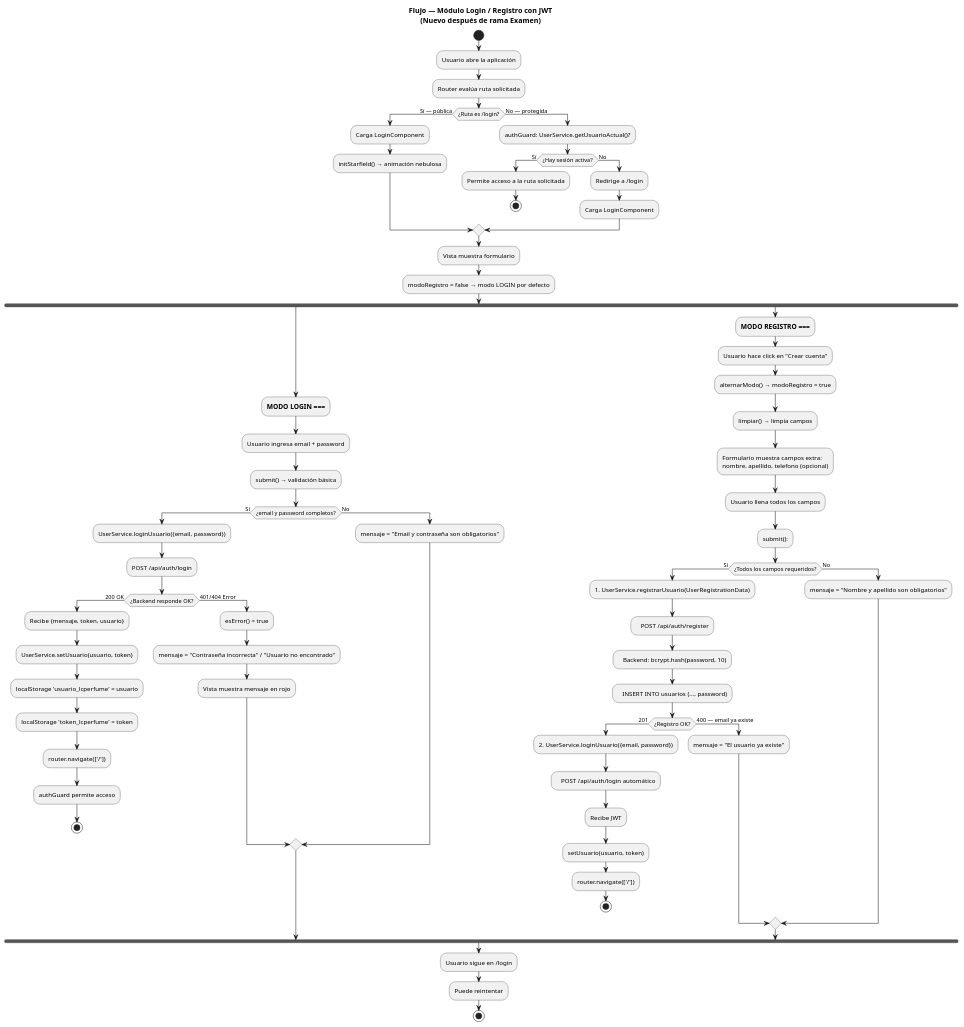
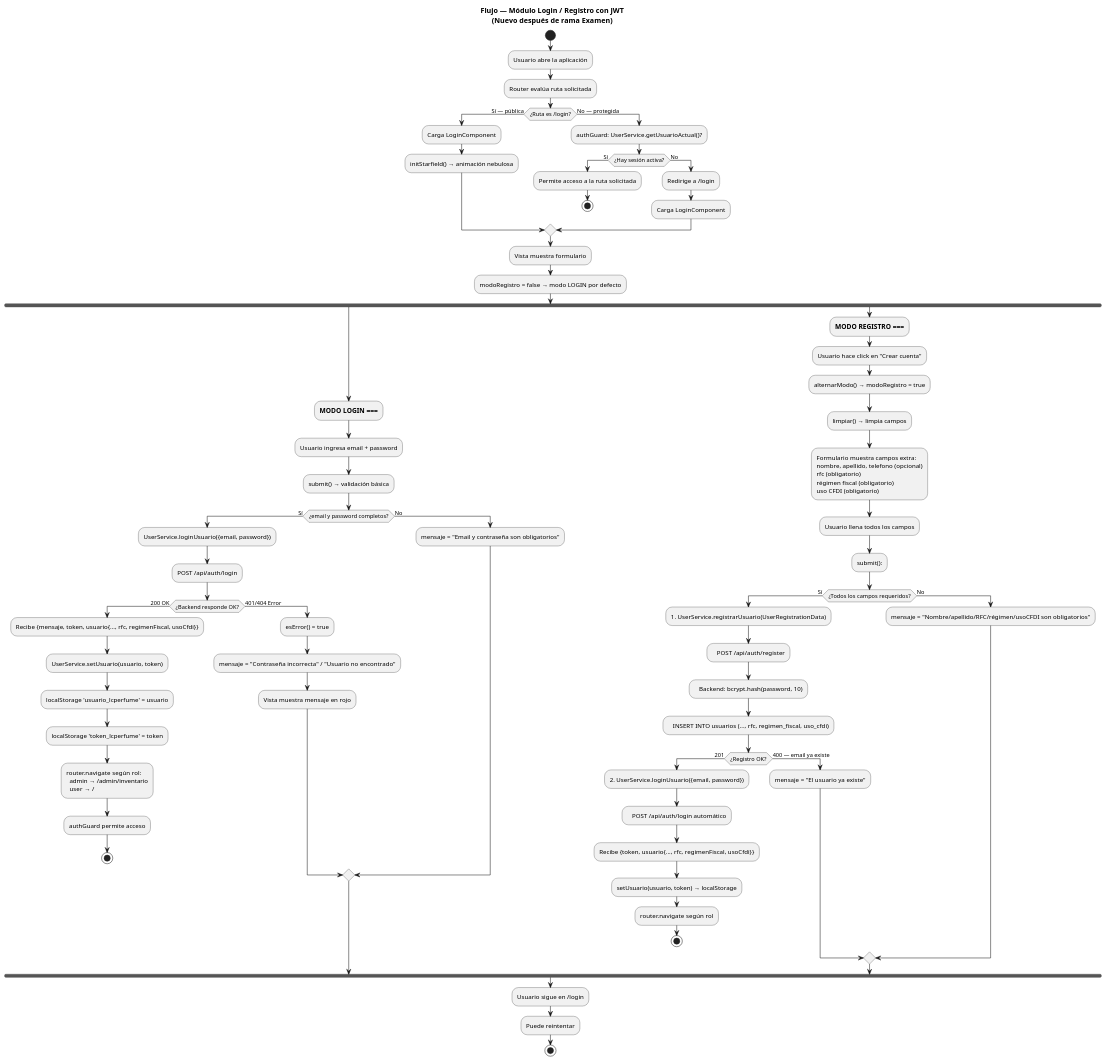
Before and after one commit to CristianINP/LaCasaDelPerfume: the diagram in diagramas/H_FlujoLogin.puml, drawn with PlantUML. The commit also changed 12 other files, not shown here.

First line of the commit message:
feat: actualizar todos los diagramas con cambios del commit final

```diff
--- a/diagramas/H_FlujoLogin.puml
+++ b/diagramas/H_FlujoLogin.puml
@@ -1,81 +1,81 @@
 @startuml
 title Flujo — Módulo Login / Registro con JWT\n(Nuevo después de rama Examen)
 
 start
   :Usuario abre la aplicación;
   :Router evalúa ruta solicitada;
 
   if (¿Ruta es /login?) then (Sí — pública)
     :Carga LoginComponent;
     :initStarfield() → animación nebulosa;
   else (No — protegida)
     :authGuard: UserService.getUsuarioActual()?;
     if (¿Hay sesión activa?) then (Sí)
       :Permite acceso a la ruta solicitada;
       stop
     else (No)
       :Redirige a /login;
       :Carga LoginComponent;
     endif
   endif
 
   :Vista muestra formulario;
   :modoRegistro = false → modo LOGIN por defecto;
 
   fork
     :=== MODO LOGIN ===;
     :Usuario ingresa email + password;
     :submit() → validación básica;
     if (¿email y password completos?) then (Sí)
       :UserService.loginUsuario({email, password});
       :POST /api/auth/login;
       if (¿Backend responde OK?) then (200 OK)
-        :Recibe {mensaje, token, usuario};
+        :Recibe {mensaje, token, usuario{..., rfc, regimenFiscal, usoCfdi}};
         :UserService.setUsuario(usuario, token);
         :localStorage 'usuario_lcperfume' = usuario;
         :localStorage 'token_lcperfume' = token;
-        :router.navigate(['/']);
+        :router.navigate según rol:\n  admin → /admin/inventario\n  user  → /;
         :authGuard permite acceso;
         stop
       else (401/404 Error)
         :esError() = true;
         :mensaje = "Contraseña incorrecta" / "Usuario no encontrado";
         :Vista muestra mensaje en rojo;
       endif
     else (No)
       :mensaje = "Email y contraseña son obligatorios";
     endif
 
   fork again
     :=== MODO REGISTRO ===;
     :Usuario hace click en "Crear cuenta";
     :alternarModo() → modoRegistro = true;
     :limpiar() → limpia campos;
-    :Formulario muestra campos extra:\nnombre, apellido, telefono (opcional);
+    :Formulario muestra campos extra:\nnombre, apellido, telefono (opcional)\nrfc (obligatorio)\nrégimen fiscal (obligatorio)\nuso CFDI (obligatorio);
     :Usuario llena todos los campos;
     :submit():;
     if (¿Todos los campos requeridos?) then (Sí)
       :1. UserService.registrarUsuario(UserRegistrationData);
       :   POST /api/auth/register;
       :   Backend: bcrypt.hash(password, 10);
-      :   INSERT INTO usuarios (..., password);
+      :   INSERT INTO usuarios (..., rfc, regimen_fiscal, uso_cfdi);
       if (¿Registro OK?) then (201)
         :2. UserService.loginUsuario({email, password});
         :   POST /api/auth/login automático;
-        :Recibe JWT;
-        :setUsuario(usuario, token);
-        :router.navigate(['/']);
+        :Recibe {token, usuario{..., rfc, regimenFiscal, usoCfdi}};
+        :setUsuario(usuario, token) → localStorage;
+        :router.navigate según rol;
         stop
       else (400 — email ya existe)
         :mensaje = "El usuario ya existe";
       endif
     else (No)
-      :mensaje = "Nombre y apellido son obligatorios";
+      :mensaje = "Nombre/apellido/RFC/régimen/usoCFDI son obligatorios";
     endif
   end fork
 
   :Usuario sigue en /login;
   :Puede reintentar;
 
 stop
 @enduml
```
